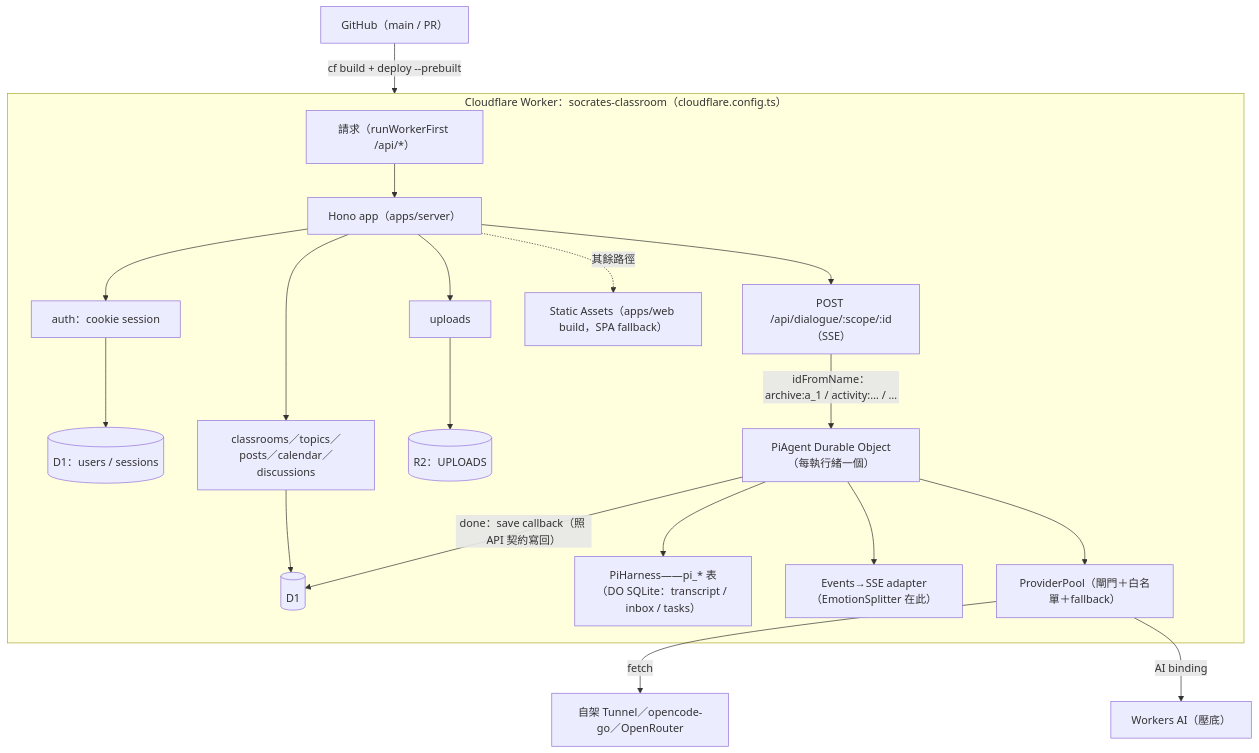
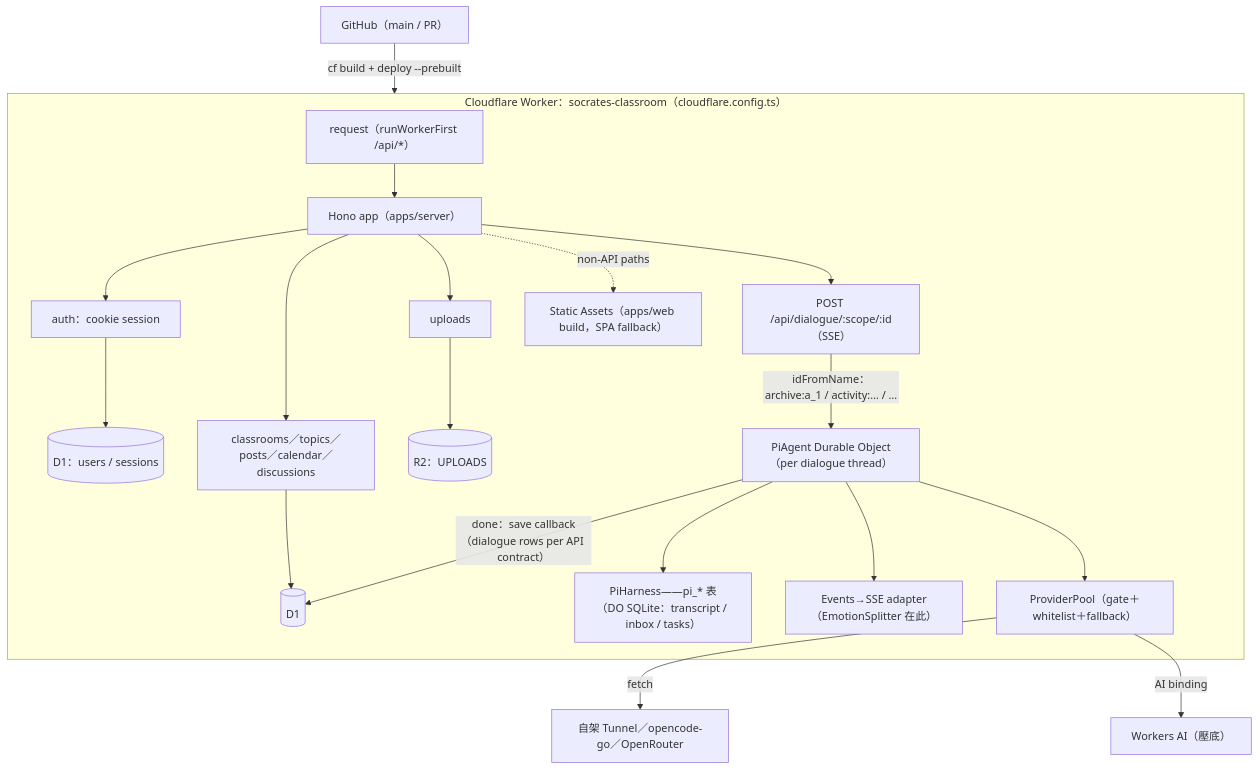
One commit to ntnu-swe-2026-team4/socrates-classroom changed the diagram in docs/architecture.md. Above: the diagram before and after it, drawn with Mermaid. The commit also changed other lines of this file and 1 other file, not shown here.

Commit message:
docs: §13 與 mermaid 術語改英文（judgment plane/affinity/ledger/tiering/failback 等），產品名詞保留 zh-TW

````diff
--- a/docs/architecture.md
+++ b/docs/architecture.md
@@ -21,24 +21,24 @@
 ```mermaid
 flowchart TD
     GH["GitHub（main / PR）"] -->|"cf build + deploy --prebuilt"| WORKER
 
     subgraph WORKER["Cloudflare Worker：socrates-classroom（cloudflare.config.ts）"]
-        REQ["請求（runWorkerFirst /api/*）"] --> HONO["Hono app（apps/server）"]
+        REQ["request（runWorkerFirst /api/*）"] --> HONO["Hono app（apps/server）"]
         HONO --> AUTH["auth：cookie session"]
         AUTH --> D1U[("D1：users / sessions")]
         HONO --> ROUTES["classrooms／topics／posts／calendar／discussions"]
         ROUTES --> D1[("D1")]
         HONO --> UPLOADS["uploads"]
         UPLOADS --> R2[("R2：UPLOADS")]
         HONO --> DLG["POST /api/dialogue/:scope/:id（SSE）"]
-        DLG -->|"idFromName：archive:a_1 / activity:… / …"| DO["PiAgent Durable Object（每執行緒一個）"]
+        DLG -->|"idFromName：archive:a_1 / activity:… / …"| DO["PiAgent Durable Object（per dialogue thread）"]
         DO --> PI["PiHarness——pi_* 表（DO SQLite：transcript / inbox / tasks）"]
         DO --> ADAPTER["Events→SSE adapter（EmotionSplitter 在此）"]
-        DO --> POOL["ProviderPool（閘門＋白名單＋fallback）"]
-        DO -->|"done：save callback（照 API 契約寫回）"| D1
-        HONO -.其餘路徑.-> SA["Static Assets（apps/web build，SPA fallback）"]
+        DO --> POOL["ProviderPool（gate＋whitelist＋fallback）"]
+        DO -->|"done：save callback（dialogue rows per API contract）"| D1
+        HONO -."non-API paths".-> SA["Static Assets（apps/web build，SPA fallback）"]
     end
 
     POOL -->|"fetch"| EXT["自架 Tunnel／opencode-go／OpenRouter"]
     POOL -->|"AI binding"| WAI["Workers AI（壓底）"]
 ```
````
